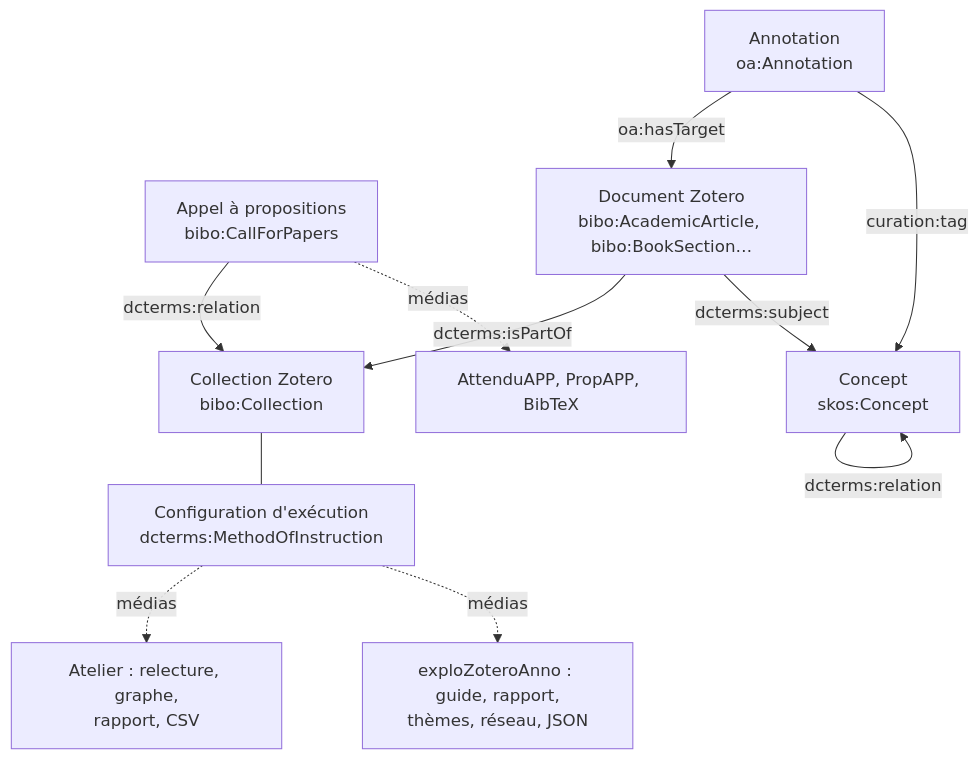
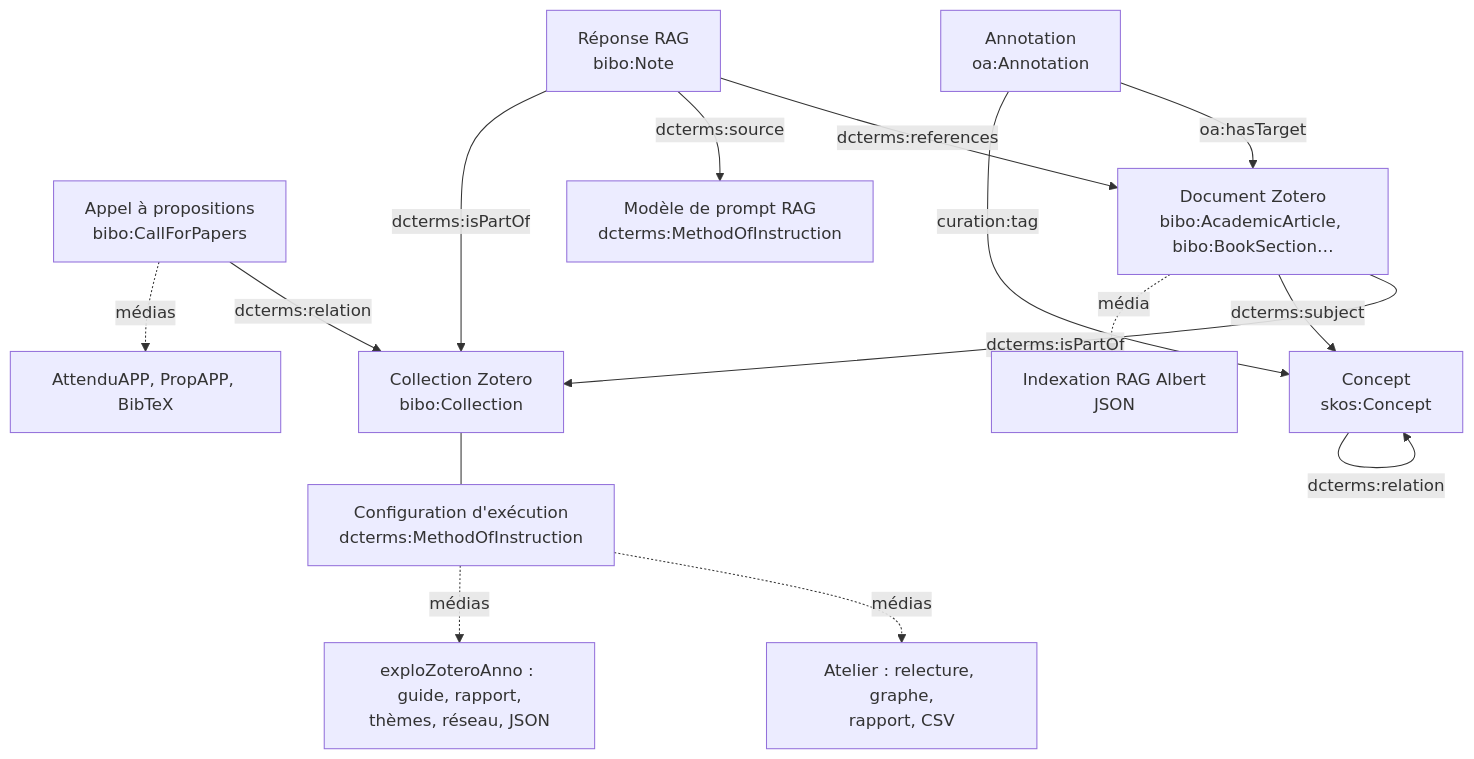
One commit to samszo/ecosysteme-agents-recherche changed the sixth of 6 diagrams in docs/utilisateur.md. Above: the diagram before and after it, drawn with Mermaid. The commit also changed other lines of this file and 21 other files, not shown here.

First line of the commit message:
feat(rag): implement document indexing and querying for Zotero collections in Albert

````diff
--- a/docs/utilisateur.md
+++ b/docs/utilisateur.md
@@ -265,13 +308,17 @@
 ```mermaid
 flowchart TD
     COL[Collection Zotero<br/>bibo:Collection] --- CFG[Configuration d'exécution<br/>dcterms:MethodOfInstruction]
     AAP[Appel à propositions<br/>bibo:CallForPapers] -- dcterms:relation --> COL
     DOC[Document Zotero<br/>bibo:AcademicArticle, bibo:BookSection…] -- dcterms:isPartOf --> COL
     ANN[Annotation<br/>oa:Annotation] -- oa:hasTarget --> DOC
     DOC -- dcterms:subject --> CON[Concept<br/>skos:Concept]
     ANN -- curation:tag --> CON
     CON -- dcterms:relation --> CON
     AAP -. médias .-> M1[AttenduAPP, PropAPP, BibTeX]
     CFG -. médias .-> M2[Atelier : relecture, graphe,<br/>rapport, CSV]
     CFG -. médias .-> M3[exploZoteroAnno : guide, rapport,<br/>thèmes, réseau, JSON]
+    DOC -. média .-> J[Indexation RAG Albert<br/>JSON]
+    REP[Réponse RAG<br/>bibo:Note] -- dcterms:references --> DOC
+    REP -- dcterms:source --> PR[Modèle de prompt RAG<br/>dcterms:MethodOfInstruction]
+    REP -- dcterms:isPartOf --> COL
 ```
````
